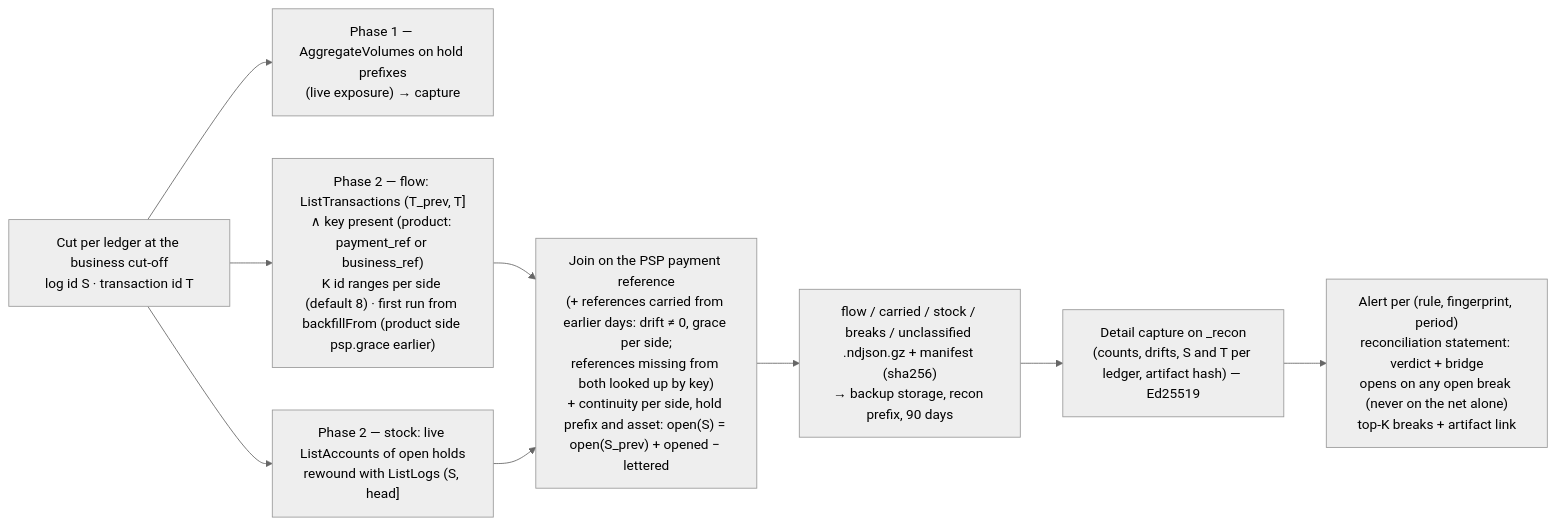
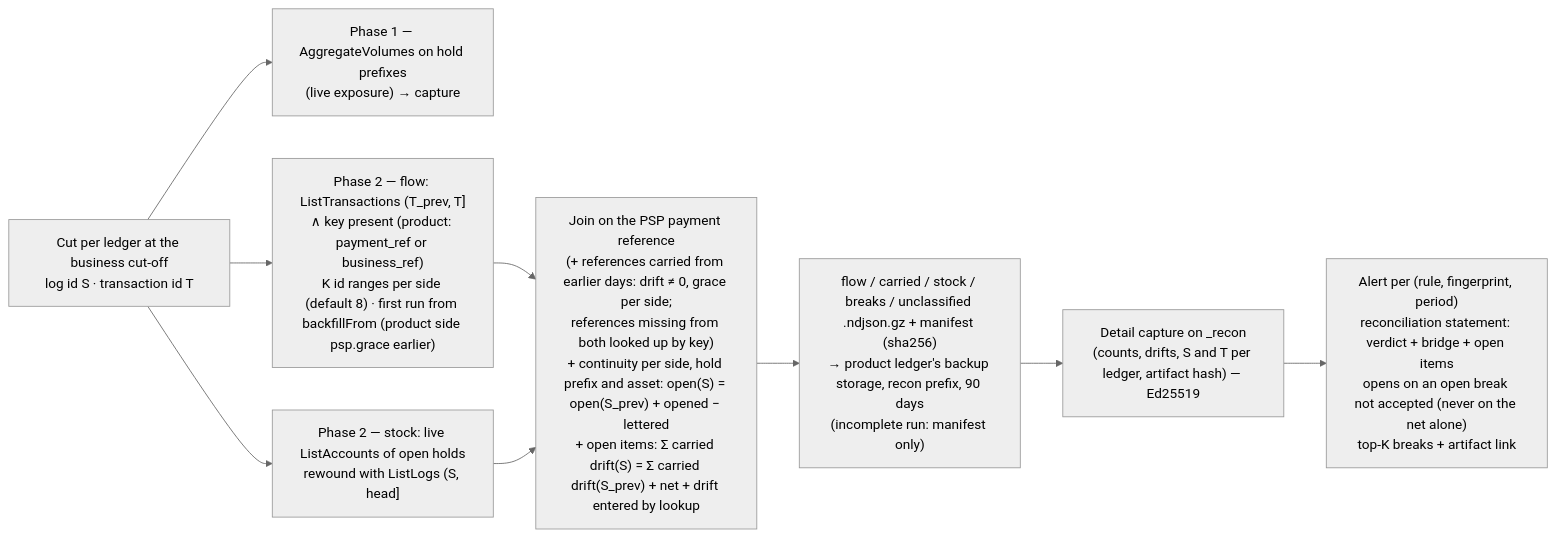
The ninth of 9 diagrams in docs/technical/workflows.md (formancehq/reconciliation), drawn with Mermaid (neutral theme) before and after one commit. The commit also changed other lines of this file and 5 other files, not shown here.

````diff
--- a/docs/technical/workflows.md
+++ b/docs/technical/workflows.md
@@ -326,11 +326,11 @@
 ```mermaid
 flowchart LR
     Cut["Cut per ledger at the business cut-off<br/>log id S · transaction id T"] --> Agg["Phase 1 — AggregateVolumes on hold prefixes<br/>(live exposure) → capture"]
     Cut --> Flow["Phase 2 — flow: ListTransactions (T_prev, T]<br/>∧ key present (product: payment_ref or business_ref)<br/>K id ranges per side (default 8) · first run from backfillFrom (product side psp.grace earlier)"]
     Cut --> Stock["Phase 2 — stock: live ListAccounts of open holds<br/>rewound with ListLogs (S, head]"]
-    Flow --> Join["Join on the PSP payment reference<br/>(+ references carried from earlier days: drift ≠ 0, grace per side;<br/>references missing from both looked up by key)<br/>+ continuity per side, hold prefix and asset: open(S) = open(S_prev) + opened − lettered"]
+    Flow --> Join["Join on the PSP payment reference<br/>(+ references carried from earlier days: drift ≠ 0, grace per side;<br/>references missing from both looked up by key)<br/>+ continuity per side, hold prefix and asset: open(S) = open(S_prev) + opened − lettered<br/>+ open items: Σ carried drift(S) = Σ carried drift(S_prev) + net + drift entered by lookup"]
     Stock --> Join
-    Join --> Art["flow / carried / stock / breaks / unclassified .ndjson.gz + manifest (sha256)<br/>→ backup storage, recon prefix, 90 days"]
+    Join --> Art["flow / carried / stock / breaks / unclassified .ndjson.gz + manifest (sha256)<br/>→ product ledger's backup storage, recon prefix, 90 days<br/>(incomplete run: manifest only)"]
     Art --> Cap["Detail capture on _recon<br/>(counts, drifts, S and T per ledger, artifact hash) — Ed25519"]
-    Cap --> Alert["Alert per (rule, fingerprint, period)<br/>reconciliation statement: verdict + bridge<br/>opens on any open break (never on the net alone)<br/>top-K breaks + artifact link"]
+    Cap --> Alert["Alert per (rule, fingerprint, period)<br/>reconciliation statement: verdict + bridge + open items<br/>opens on an open break not accepted (never on the net alone)<br/>top-K breaks + artifact link"]
 ```
````
